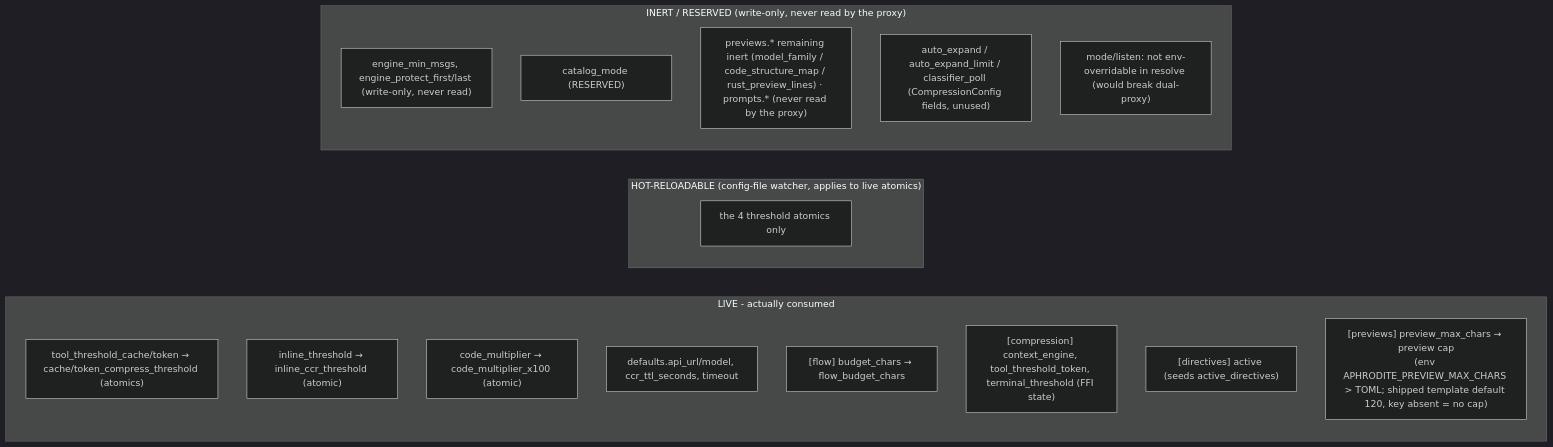
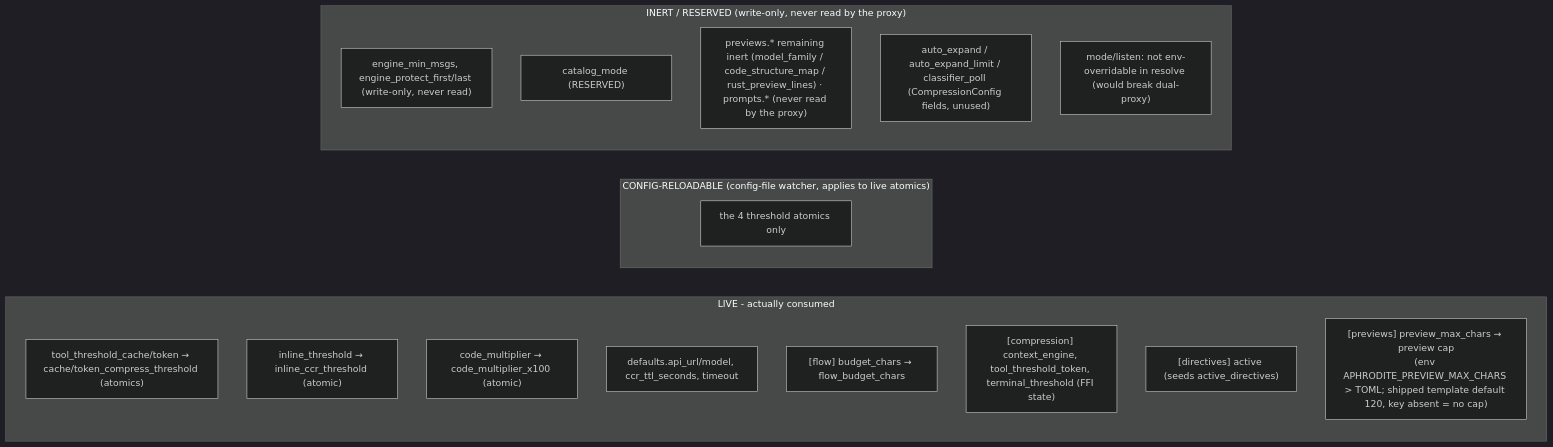
Before and after one commit to PlayForm/Aphrodite: the second of 2 diagrams in docs/architecture/07-config-resolution.md, drawn with Mermaid (dark theme). The commit also changed other lines of this file and 30 other files, not shown here.

````diff
--- a/docs/architecture/07-config-resolution.md
+++ b/docs/architecture/07-config-resolution.md
@@ -36,23 +36,23 @@
 ```mermaid
 flowchart LR
 	subgraph live["LIVE - actually consumed"]
 		L1["tool_threshold_cache/token → cache/token_compress_threshold (atomics)"]
 		L2["inline_threshold → inline_ccr_threshold (atomic)"]
 		L3["code_multiplier → code_multiplier_x100 (atomic)"]
 		L4["defaults.api_url/model, ccr_ttl_seconds, timeout"]
 		L5["[flow] budget_chars → flow_budget_chars"]
 		L6["[compression] context_engine, tool_threshold_token, terminal_threshold (FFI state)"]
 		L7["[directives] active (seeds active_directives)"]
 		L8["[previews] preview_max_chars → preview cap<br/>(env APHRODITE_PREVIEW_MAX_CHARS > TOML; shipped template default 120, key absent = no cap)"]
 	end
-	subgraph hot["HOT-RELOADABLE (config-file watcher, applies to live atomics)"]
+	subgraph hot["CONFIG-RELOADABLE (config-file watcher, applies to live atomics)"]
 		H1["the 4 threshold atomics only"]
 	end
 	subgraph inert["INERT / RESERVED (write-only, never read by the proxy)"]
 		I1["engine_min_msgs, engine_protect_first/last (write-only, never read)"]
 		I2["catalog_mode (RESERVED)"]
 		I3["previews.* remaining inert (model_family / code_structure_map / rust_preview_lines) · prompts.* (never read by the proxy)"]
 		I4["auto_expand / auto_expand_limit / classifier_poll (CompressionConfig fields, unused)"]
 		I5["mode/listen: not env-overridable in resolve (would break dual-proxy)"]
 	end
 ```
````
